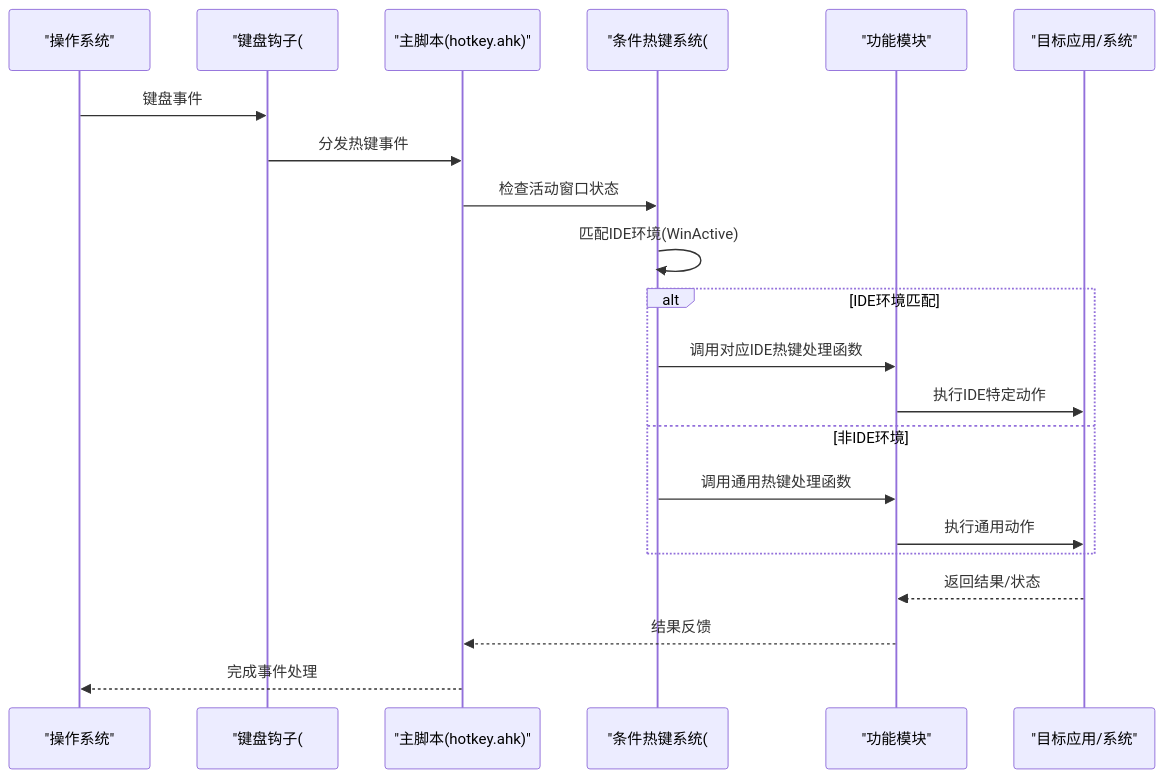
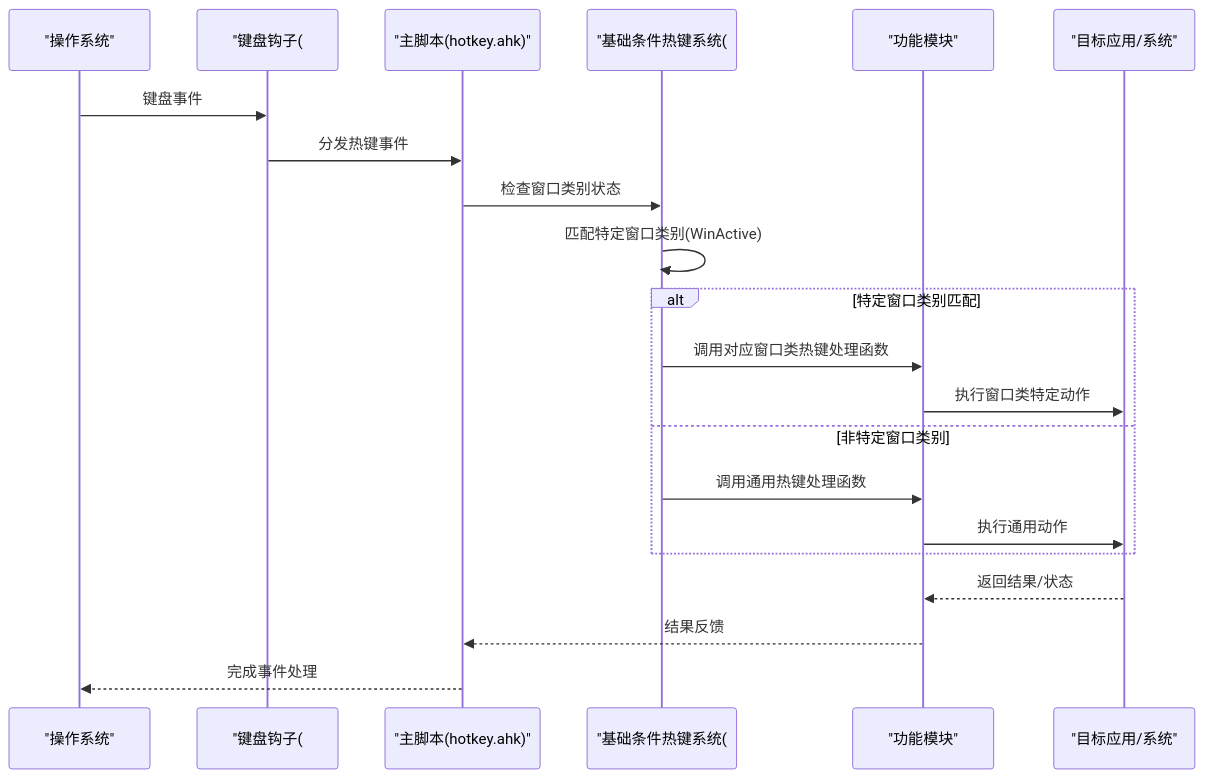
The second of 8 diagrams in .qoder/repowiki/zh/content/核心功能/热键管理系统.md (wangys-123doit/hotkey), drawn with Mermaid before and after one commit. The commit also changed other lines of this file and 6 other files, not shown here.

````diff
--- a/.qoder/repowiki/zh/content/核心功能/热键管理系统.md
+++ b/.qoder/repowiki/zh/content/核心功能/热键管理系统.md
@@ -89,23 +83,23 @@
 ```mermaid
 sequenceDiagram
 participant OS as "操作系统"
 participant Hook as "键盘钩子(#UseHook)"
 participant Main as "主脚本(hotkey.ahk)"
-participant Condition as "条件热键系统(#HotIf)"
+participant Condition as "基础条件热键系统(#HotIf)"
 participant Module as "功能模块"
 participant App as "目标应用/系统"
 OS->>Hook : 键盘事件
 Hook->>Main : 分发热键事件
-Main->>Condition : 检查活动窗口状态
-Condition->>Condition : 匹配IDE环境(WinActive)
-alt IDE环境匹配
-Condition->>Module : 调用对应IDE热键处理函数
-Module->>App : 执行IDE特定动作
-else 非IDE环境
+Main->>Condition : 检查窗口类别状态
+Condition->>Condition : 匹配特定窗口类别(WinActive)
+alt 特定窗口类别匹配
+Condition->>Module : 调用对应窗口类热键处理函数
+Module->>App : 执行窗口类特定动作
+else 非特定窗口类别
 Condition->>Module : 调用通用热键处理函数
 Module->>App : 执行通用动作
 end
 App-->>Module : 返回结果/状态
 Module-->>Main : 结果反馈
 Main-->>OS : 完成事件处理
 ```
````
